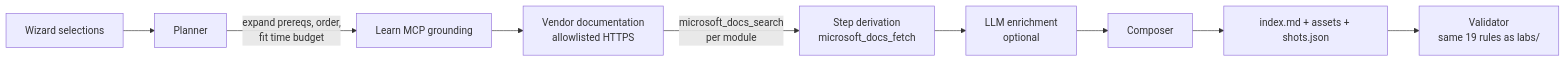
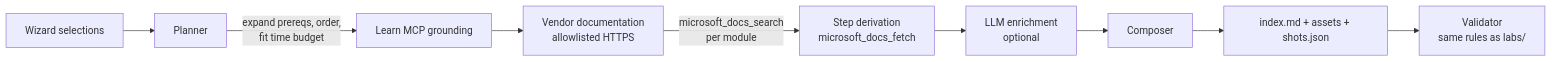
Before and after one commit to russrimm/CopilotStudioLabs: the diagram in docs/lab-builder.md, drawn with Mermaid. The commit also changed other lines of this file and 11 other files, not shown here.

````diff
--- a/docs/lab-builder.md
+++ b/docs/lab-builder.md
@@ -171,11 +171,11 @@
 ```mermaid
 flowchart LR
   A[Wizard selections] --> B[Planner]
   B -->|expand prereqs, order,<br/>fit time budget| C[Learn MCP grounding]
   C --> V[Vendor documentation<br/>allowlisted HTTPS]
   V -->|microsoft_docs_search<br/>per module| S[Step derivation<br/>microsoft_docs_fetch]
   S --> D[LLM enrichment<br/>optional]
   D --> E[Composer]
   E --> F[index.md + assets + shots.json]
-  F --> G[Validator<br/>same 19 rules as labs/]
+  F --> G[Validator<br/>same rules as labs/]
 ```
````
